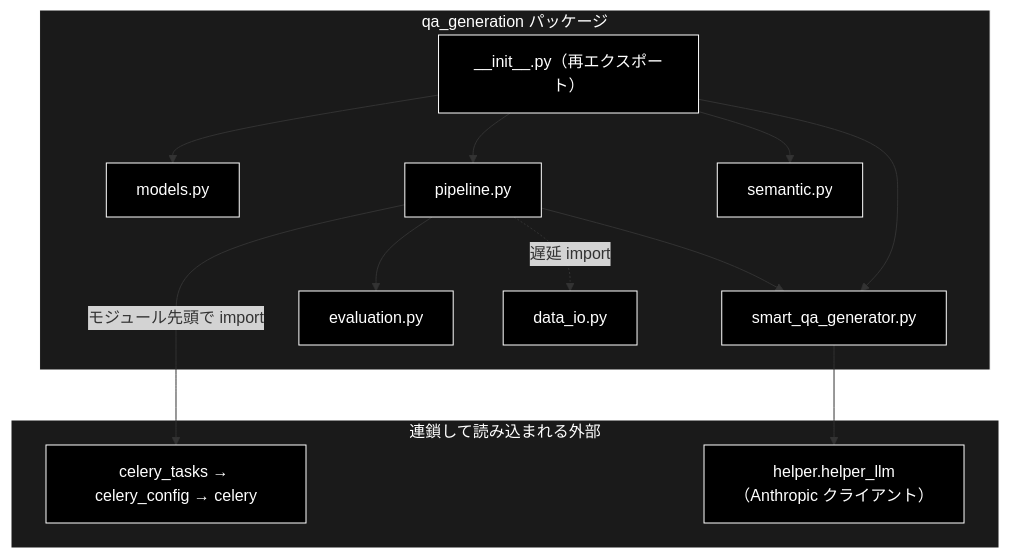
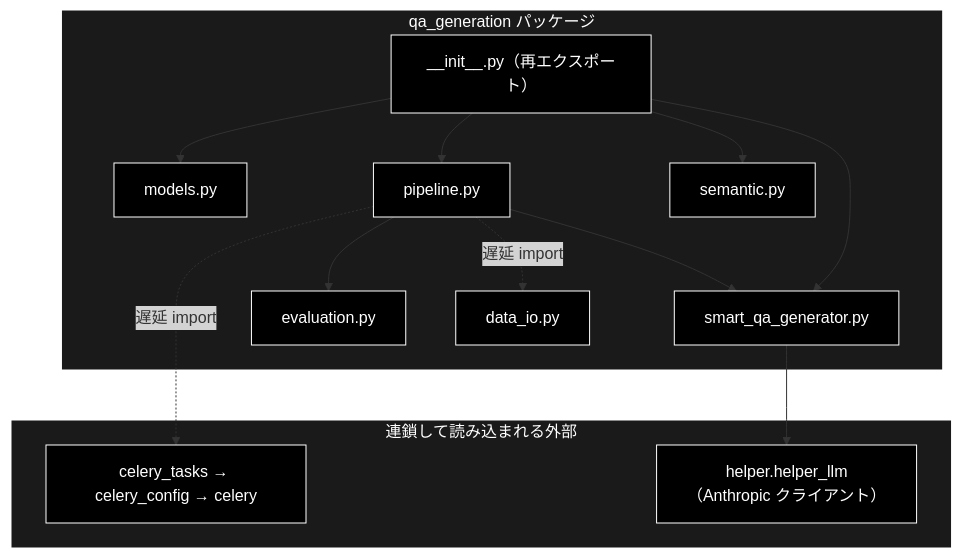
The second of 2 diagrams in qa_generation/docs/__init__.md (nakashima2toshio/grace_v2), drawn with Mermaid before and after one commit. The commit also changed other lines of this file and 9 other files, not shown here.

First line of the commit message:
fix(qa_generation): import しただけで Celery が読み込まれる副作用を解消する

````diff
--- a/qa_generation/docs/__init__.md
+++ b/qa_generation/docs/__init__.md
@@ -111,30 +111,30 @@
 ```mermaid
 flowchart TB
     subgraph Pkg["qa_generation パッケージ"]
         Init["__init__.py（再エクスポート）"]
         Models["models.py"]
         Pipe["pipeline.py"]
         Sem["semantic.py"]
         Smart["smart_qa_generator.py"]
         Eval["evaluation.py"]
         IO["data_io.py"]
     end
     subgraph Ext["連鎖して読み込まれる外部"]
         Celery["celery_tasks → celery_config → celery"]
         LLM["helper.helper_llm（Anthropic クライアント）"]
     end
     Init --> Models
     Init --> Pipe
     Init --> Sem
     Init --> Smart
-    Pipe -->|"モジュール先頭で import"| Celery
+    Pipe -.->|"遅延 import"| Celery
     Pipe --> Eval
     Pipe --> Smart
     Smart --> LLM
     Pipe -.->|"遅延 import"| IO
 classDef default fill:#000,stroke:#fff,color:#fff
 classDef subgraphStyle fill:#1a1a1a,stroke:#fff,color:#fff
 class Init,Models,Pipe,Sem,Smart,Eval,IO,Celery,LLM default
 style Pkg fill:#1a1a1a,stroke:#fff,color:#fff
 style Ext fill:#1a1a1a,stroke:#fff,color:#fff
 ```
````
